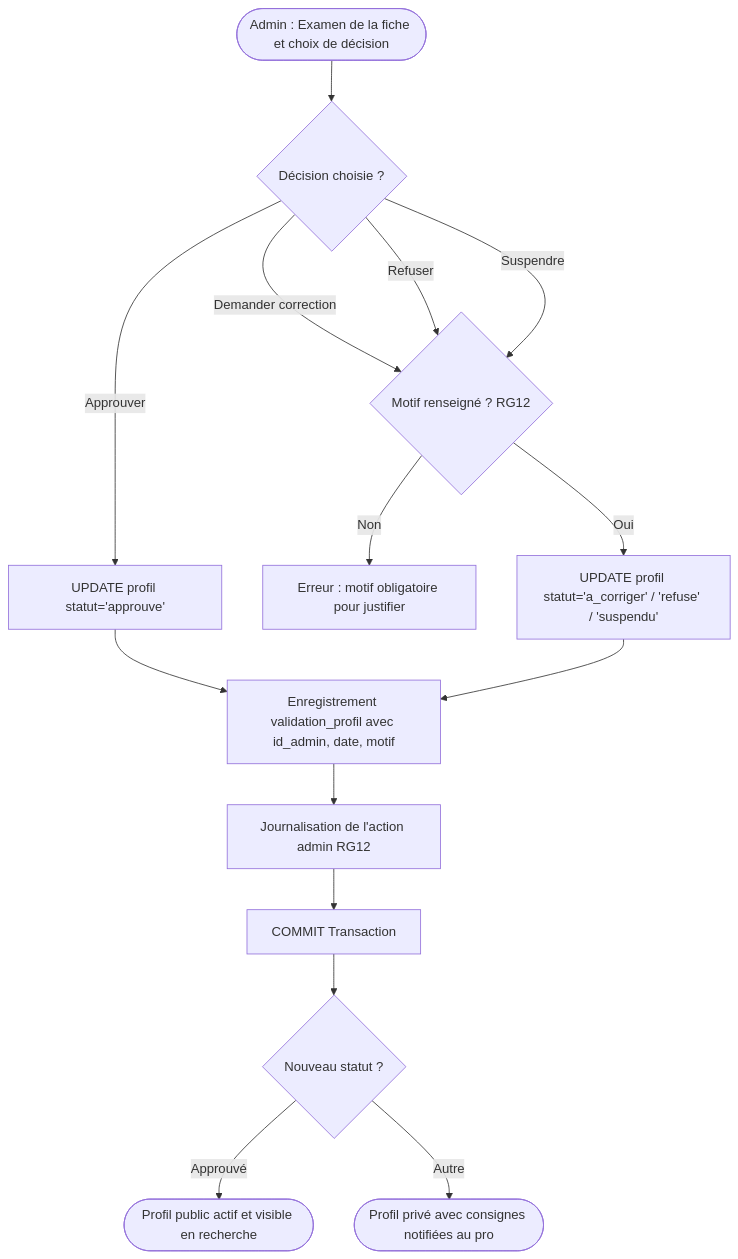
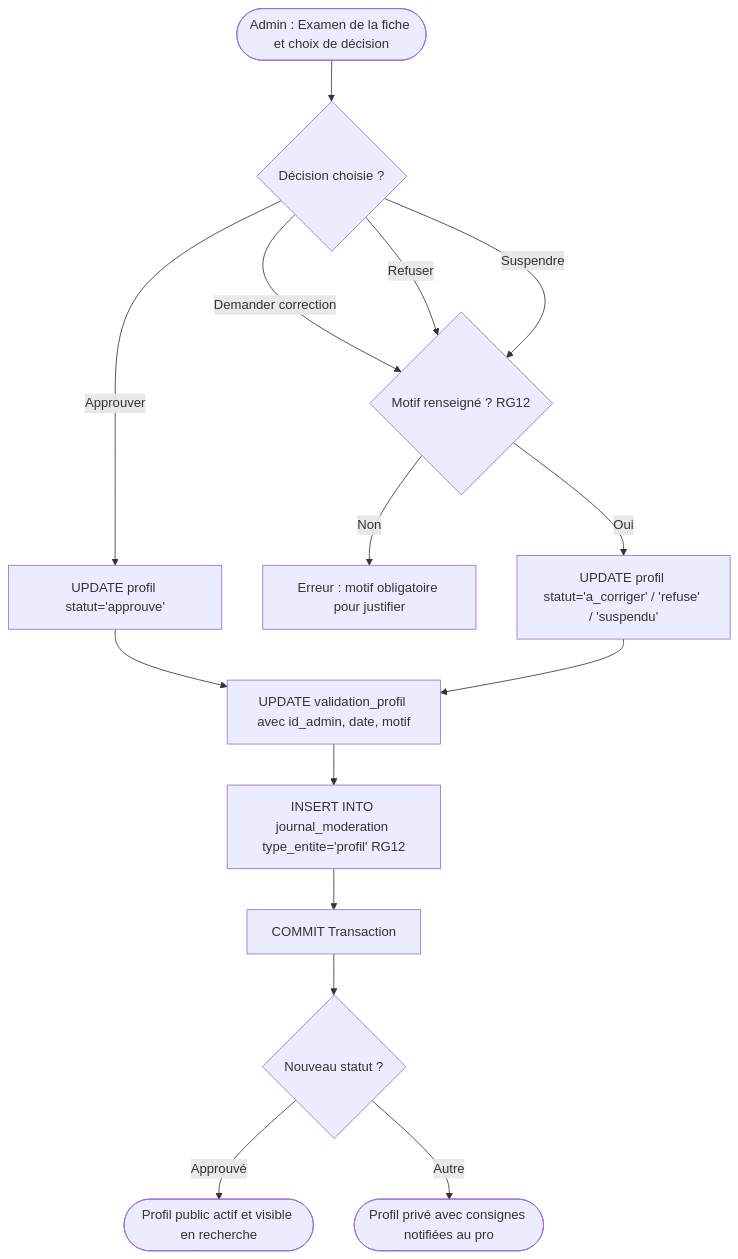
Before and after one commit to k10devOfficiel/FindPro: the third of 6 diagrams in docs/mct.md, drawn with Mermaid. The commit also changed other lines of this file, not shown here.

````diff
--- a/docs/mct.md
+++ b/docs/mct.md
@@ -152,17 +154,17 @@
 ```mermaid
 flowchart TD
     A([Admin : Examen de la fiche et choix de décision]) --> B{Décision choisie ?}
     B -- Approuver --> C[UPDATE profil statut='approuve']
     B -- Demander correction --> D{Motif renseigné ? RG12}
     B -- Refuser --> D
     B -- Suspendre --> D
     D -- Non --> D1[Erreur : motif obligatoire pour justifier]
     D -- Oui --> E[UPDATE profil statut='a_corriger' / 'refuse' / 'suspendu']
-    C --> F[Enregistrement validation_profil avec id_admin, date, motif]
+    C --> F[UPDATE validation_profil avec id_admin, date, motif]
     E --> F
-    F --> G[Journalisation de l'action admin RG12]
+    F --> G[INSERT INTO journal_moderation type_entite='profil' RG12]
     G --> H[COMMIT Transaction]
     H --> I{Nouveau statut ?}
     I -- Approuvé --> J([Profil public actif et visible en recherche])
     I -- Autre --> K([Profil privé avec consignes notifiées au pro])
 ```
````
